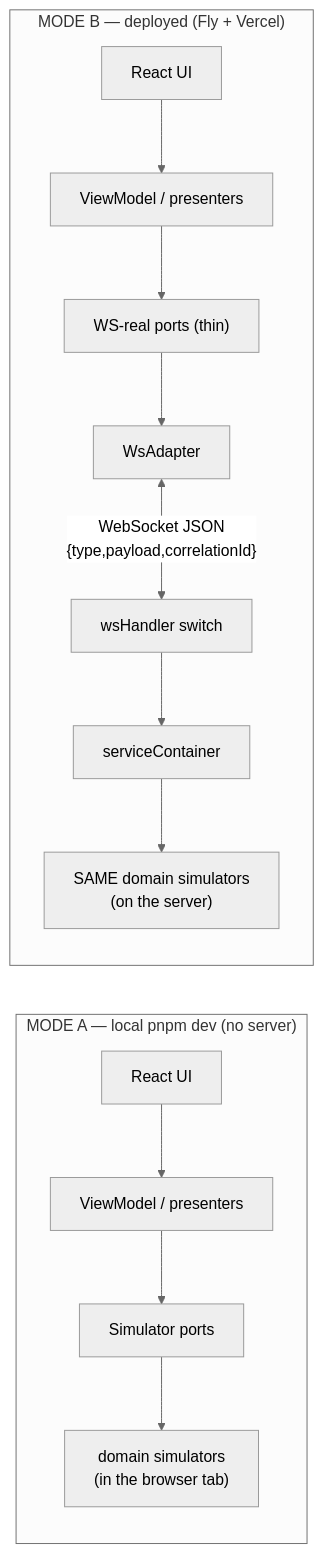
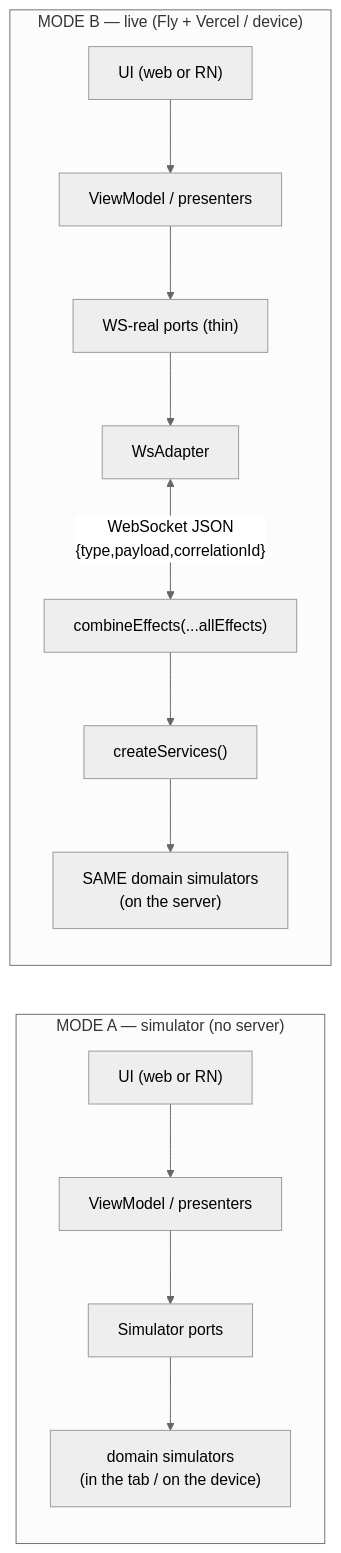
Before and after one commit to bettersoftware-io/ReactiveTraderCloudClone: diagram 24 of 29 in docs/architecture.md, drawn with Mermaid (neutral theme). The commit also changed other lines of this file and 4 other files, not shown here.

First line of the commit message:
docs(architecture): sync architecture.md with the multi-client reality

````diff
--- a/docs/architecture.md
+++ b/docs/architecture.md
@@ -1147,19 +1455,19 @@
 ```mermaid
 flowchart LR
-    subgraph SimMode["MODE A — local pnpm dev (no server)"]
+    subgraph SimMode["MODE A — simulator (no server)"]
         direction TB
-        UIa["React UI"] --> VMa["ViewModel / presenters"]
+        UIa["UI (web or RN)"] --> VMa["ViewModel / presenters"]
         VMa --> SPa["Simulator ports"]
-        SPa --> Sa["domain simulators<br/>(in the browser tab)"]
+        SPa --> Sa["domain simulators<br/>(in the tab / on the device)"]
     end
 
-    subgraph WsMode["MODE B — deployed (Fly + Vercel)"]
+    subgraph WsMode["MODE B — live (Fly + Vercel / device)"]
         direction TB
-        UIb["React UI"] --> VMb["ViewModel / presenters"]
+        UIb["UI (web or RN)"] --> VMb["ViewModel / presenters"]
         VMb --> WPb["WS-real ports (thin)"]
         WPb --> Wsb["WsAdapter"]
-        Wsb <-->|"WebSocket JSON<br/>{type,payload,correlationId}"| Srv["wsHandler switch"]
-        Srv --> SCb["serviceContainer"]
+        Wsb <-->|"WebSocket JSON<br/>{type,payload,correlationId}"| Srv["combineEffects(...allEffects)"]
+        Srv --> SCb["createServices()"]
         SCb --> Sb["SAME domain simulators<br/>(on the server)"]
     end
 ```
````
